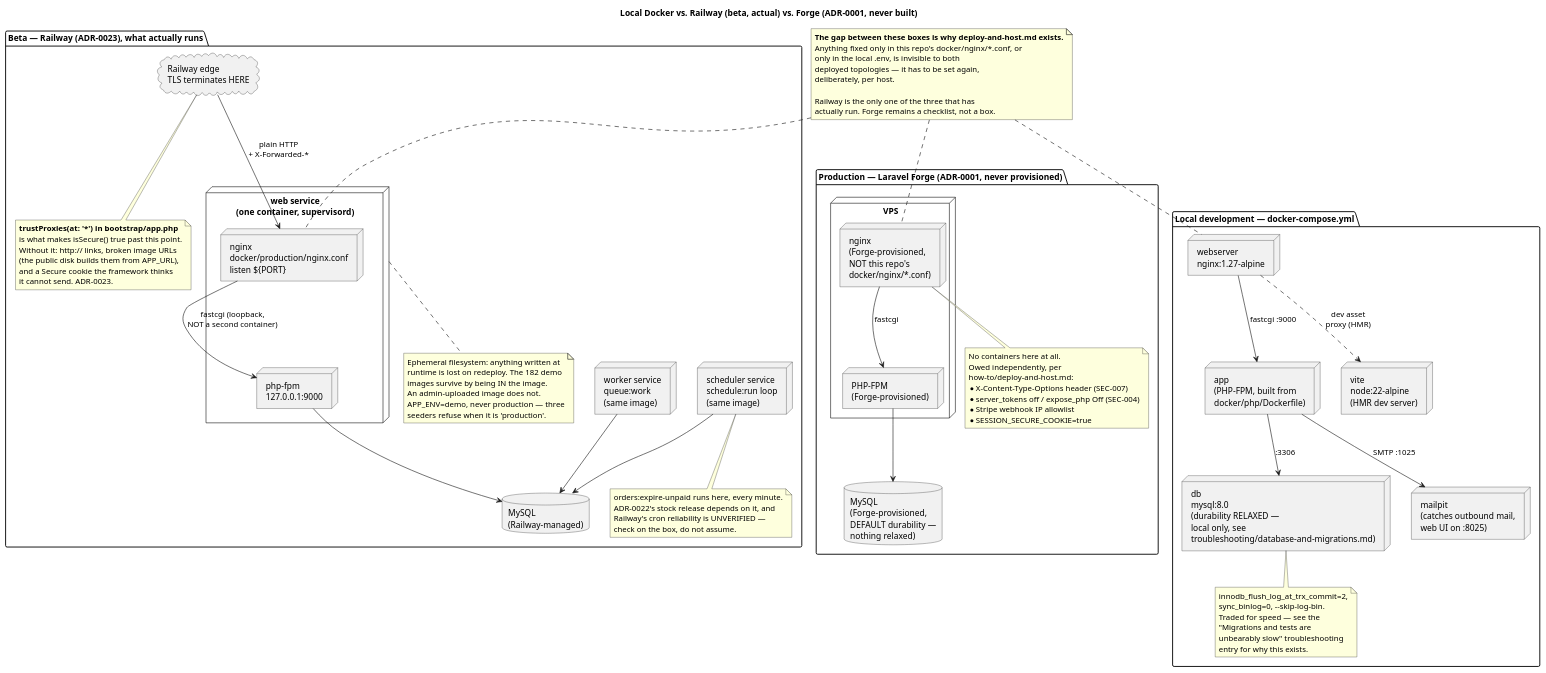
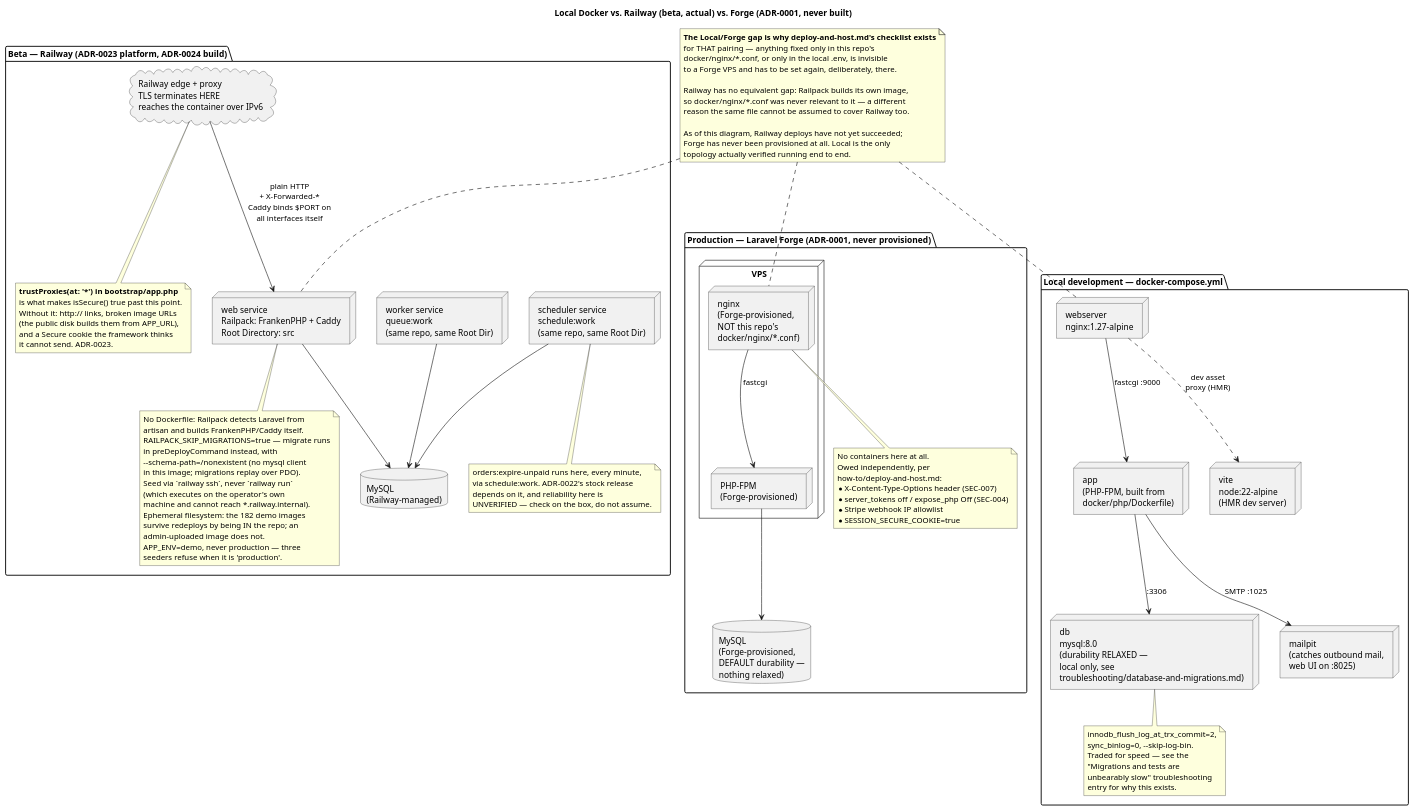
The diagram in docs/reference/diagrams/deployment/deployment.puml (StefanMarinkov05/Amazoff-PHP), drawn with PlantUML before and after one commit. The commit also changed 9 other files, not shown here.

```diff
--- a/docs/reference/diagrams/deployment/deployment.puml
+++ b/docs/reference/diagrams/deployment/deployment.puml
@@ -1,120 +1,131 @@
 @startuml deployment
 
-' Three topologies for the same app. Verified against docker-compose.yml,
-' the root Dockerfile, docker/production/, and how-to/deploy-and-host.md.
-' Local + Forge verified 2026-09-07; Railway added 2026-09-12 (ADR-0023).
-' The gap between them is the whole point of deploy-and-host.md's checklist —
-' anything fixed only in docker/nginx/*.conf reaches NEITHER deployed box.
+' Three topologies for the same app. Verified against docker-compose.yml and
+' how-to/deploy-and-host.md. Local + Forge verified 2026-09-07; the Railway
+' package redrawn 2026-09-12 for ADR-0024 (Railpack, not the custom Dockerfile
+' ADR-0023 first described — that image failed eleven straight deploys, see
+' troubleshooting/infra-and-environment.md).
+' The gap between Local and Forge is the whole point of deploy-and-host.md's
+' checklist — anything fixed only in docker/nginx/*.conf reaches neither
+' deployed box. Railway has no such gap: Railpack builds its own image, so
+' this repo's docker/nginx/*.conf was never relevant to it in the first place.
 '
-' NOTE: the .svg/.pdf beside this file were rendered before the Railway
-' package was added and are therefore STALE. Regenerate with the commands in
-' docs/reference/diagrams/README.md — there is no render script in this repo
-' and nothing regenerates them automatically.
+' NOTE: the .svg/.pdf beside this file are STALE relative to this source.
+' Regenerate with the commands in docs/reference/diagrams/README.md — there
+' is no render script in this repo and nothing regenerates them automatically.
 
 title Local Docker vs. Railway (beta, actual) vs. Forge (ADR-0001, never built)
 
 package "Local development — docker-compose.yml" {
   node "webserver\nnginx:1.27-alpine" as LocalNginx
   node "app\n(PHP-FPM, built from\ndocker/php/Dockerfile)" as LocalApp
   node "db\nmysql:8.0\n(durability RELAXED —\nlocal only, see\ntroubleshooting/database-and-migrations.md)" as LocalDB
   node "vite\nnode:22-alpine\n(HMR dev server)" as LocalVite
   node "mailpit\n(catches outbound mail,\nweb UI on :8025)" as LocalMail
 
   LocalNginx --> LocalApp : fastcgi :9000
   LocalApp --> LocalDB : :3306
   LocalApp --> LocalMail : SMTP :1025
   LocalNginx ..> LocalVite : dev asset\nproxy (HMR)
 
   note bottom of LocalDB
     innodb_flush_log_at_trx_commit=2,
     sync_binlog=0, --skip-log-bin.
     Traded for speed — see the
     "Migrations and tests are
     unbearably slow" troubleshooting
     entry for why this exists.
   end note
 }
 
-package "Beta — Railway (ADR-0023), what actually runs" {
-  node "web service\n(one container, supervisord)" as RailwayWeb {
-    node "nginx\ndocker/production/nginx.conf\nlisten ${PORT}" as RailwayNginx
-    node "php-fpm\n127.0.0.1:9000" as RailwayFpm
-  }
-  node "worker service\nqueue:work\n(same image)" as RailwayWorker
-  node "scheduler service\nschedule:run loop\n(same image)" as RailwayCron
+package "Beta — Railway (ADR-0023 platform, ADR-0024 build)" {
+  node "web service\nRailpack: FrankenPHP + Caddy\nRoot Directory: src" as RailwayWeb
+  node "worker service\nqueue:work\n(same repo, same Root Dir)" as RailwayWorker
+  node "scheduler service\nschedule:work\n(same repo, same Root Dir)" as RailwayCron
   database "MySQL\n(Railway-managed)" as RailwayDB
 
-  cloud "Railway edge\nTLS terminates HERE" as RailwayEdge
+  cloud "Railway edge + proxy\nTLS terminates HERE\nreaches the container over IPv6" as RailwayEdge
 
-  RailwayEdge --> RailwayNginx : plain HTTP\n+ X-Forwarded-*
-  RailwayNginx --> RailwayFpm : fastcgi (loopback,\nNOT a second container)
-  RailwayFpm --> RailwayDB
+  RailwayEdge --> RailwayWeb : plain HTTP\n+ X-Forwarded-*\nCaddy binds $PORT on\nall interfaces itself
+  RailwayWeb --> RailwayDB
   RailwayWorker --> RailwayDB
   RailwayCron --> RailwayDB
 
   note bottom of RailwayEdge
     <b>trustProxies(at: '*') in bootstrap/app.php</b>
     is what makes isSecure() true past this point.
     Without it: http:// links, broken image URLs
     (the public disk builds them from APP_URL),
     and a Secure cookie the framework thinks
     it cannot send. ADR-0023.
   end note
 
   note bottom of RailwayCron
-    orders:expire-unpaid runs here, every minute.
-    ADR-0022's stock release depends on it, and
-    Railway's cron reliability is UNVERIFIED —
-    check on the box, do not assume.
+    orders:expire-unpaid runs here, every minute,
+    via schedule:work. ADR-0022's stock release
+    depends on it, and reliability here is
+    UNVERIFIED — check on the box, do not assume.
   end note
 
   note bottom of RailwayWeb
-    Ephemeral filesystem: anything written at
-    runtime is lost on redeploy. The 182 demo
-    images survive by being IN the image.
-    An admin-uploaded image does not.
+    No Dockerfile: Railpack detects Laravel from
+    artisan and builds FrankenPHP/Caddy itself.
+    RAILPACK_SKIP_MIGRATIONS=true — migrate runs
+    in preDeployCommand instead, with
+    --schema-path=/nonexistent (no mysql client
+    in this image; migrations replay over PDO).
+    Seed via `railway ssh`, never `railway run`
+    (which executes on the operator's own
+    machine and cannot reach *.railway.internal).
+    Ephemeral filesystem: the 182 demo images
+    survive redeploys by being IN the repo; an
+    admin-uploaded image does not.
     APP_ENV=demo, never production — three
     seeders refuse when it is 'production'.
   end note
 }
 
 package "Production — Laravel Forge (ADR-0001, never provisioned)" {
   node "VPS" {
     node "nginx\n(Forge-provisioned,\nNOT this repo's\ndocker/nginx/*.conf)" as ProdNginx
     node "PHP-FPM\n(Forge-provisioned)" as ProdApp
   }
   database "MySQL\n(Forge-provisioned,\nDEFAULT durability —\nnothing relaxed)" as ProdDB
 
   ProdNginx --> ProdApp : fastcgi
   ProdApp --> ProdDB
 
   note bottom of ProdNginx
     No containers here at all.
     Owed independently, per
     how-to/deploy-and-host.md:
     * X-Content-Type-Options header (SEC-007)
     * server_tokens off / expose_php Off (SEC-004)
     * Stripe webhook IP allowlist
     * SESSION_SECURE_COOKIE=true
   end note
 }
 
-LocalNginx -[hidden]right-> RailwayNginx
-RailwayNginx -[hidden]right-> ProdNginx
+LocalNginx -[hidden]right-> RailwayWeb
+RailwayWeb -[hidden]right-> ProdNginx
 
 note as Gap
-  <b>The gap between these boxes is why deploy-and-host.md exists.</b>
-  Anything fixed only in this repo's docker/nginx/*.conf, or
-  only in the local .env, is invisible to both
-  deployed topologies — it has to be set again,
-  deliberately, per host.
+  <b>The Local/Forge gap is why deploy-and-host.md's checklist exists</b>
+  for THAT pairing — anything fixed only in this repo's
+  docker/nginx/*.conf, or only in the local .env, is invisible
+  to a Forge VPS and has to be set again, deliberately, there.
 
-  Railway is the only one of the three that has
-  actually run. Forge remains a checklist, not a box.
+  Railway has no equivalent gap: Railpack builds its own image,
+  so docker/nginx/*.conf was never relevant to it — a different
+  reason the same file cannot be assumed to cover Railway too.
+
+  As of this diagram, Railway deploys have not yet succeeded;
+  Forge has never been provisioned at all. Local is the only
+  topology actually verified running end to end.
 end note
 
 Gap .. LocalNginx
-Gap .. RailwayNginx
+Gap .. RailwayWeb
 Gap .. ProdNginx
 
 @enduml
```
